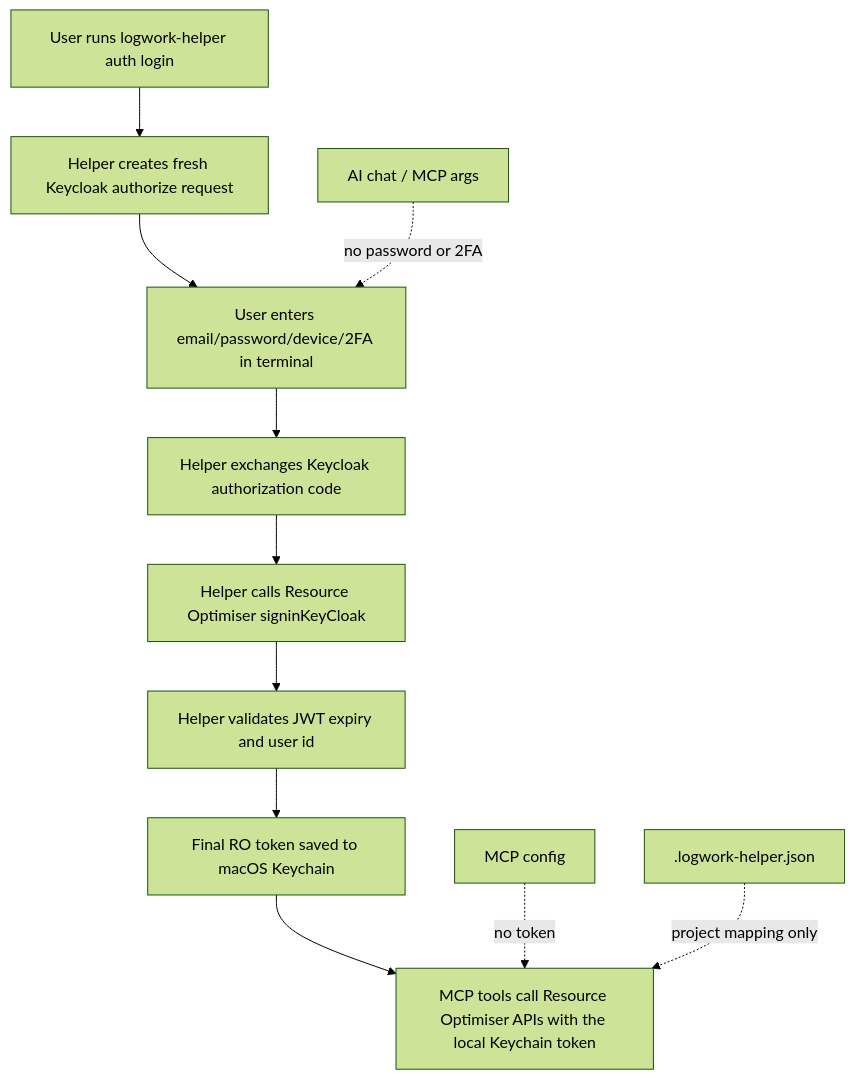
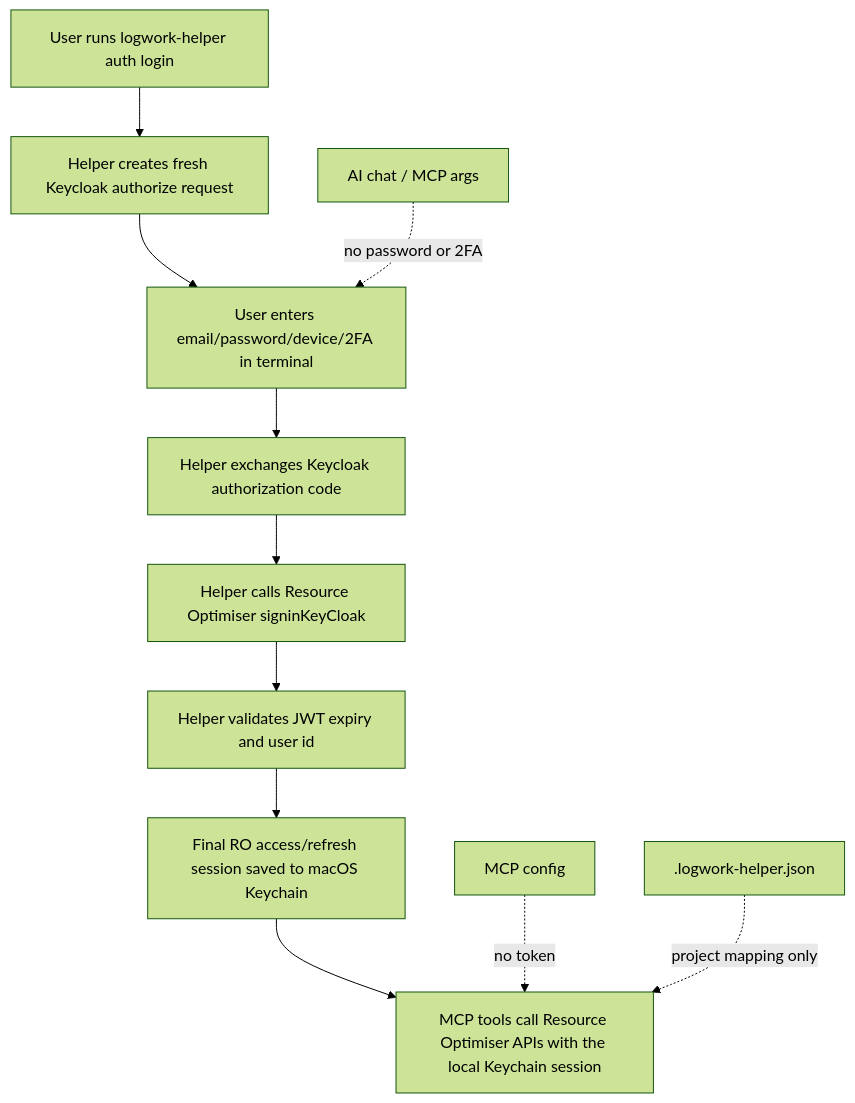
Before and after one commit to tructran2598/logwork-helper: the diagram in README.md, drawn with Mermaid (forest theme). The commit also changed other lines of this file and 9 other files, not shown here.

````diff
--- a/README.md
+++ b/README.md
@@ -117,14 +117,14 @@
 ```mermaid
 flowchart TD
   A["User runs logwork-helper auth login"] --> B["Helper creates fresh Keycloak authorize request"]
   B --> C["User enters email/password/device/2FA in terminal"]
   C --> D["Helper exchanges Keycloak authorization code"]
   D --> E["Helper calls Resource Optimiser signinKeyCloak"]
   E --> F["Helper validates JWT expiry and user id"]
-  F --> G["Final RO token saved to macOS Keychain"]
-  G --> H["MCP tools call Resource Optimiser APIs with the local Keychain token"]
+  F --> G["Final RO access/refresh session saved to macOS Keychain"]
+  G --> H["MCP tools call Resource Optimiser APIs with the local Keychain session"]
 
   I["MCP config"] -. "no token" .-> H
   J[".logwork-helper.json"] -. "project mapping only" .-> H
   K["AI chat / MCP args"] -. "no password or 2FA" .-> C
 ```
````
